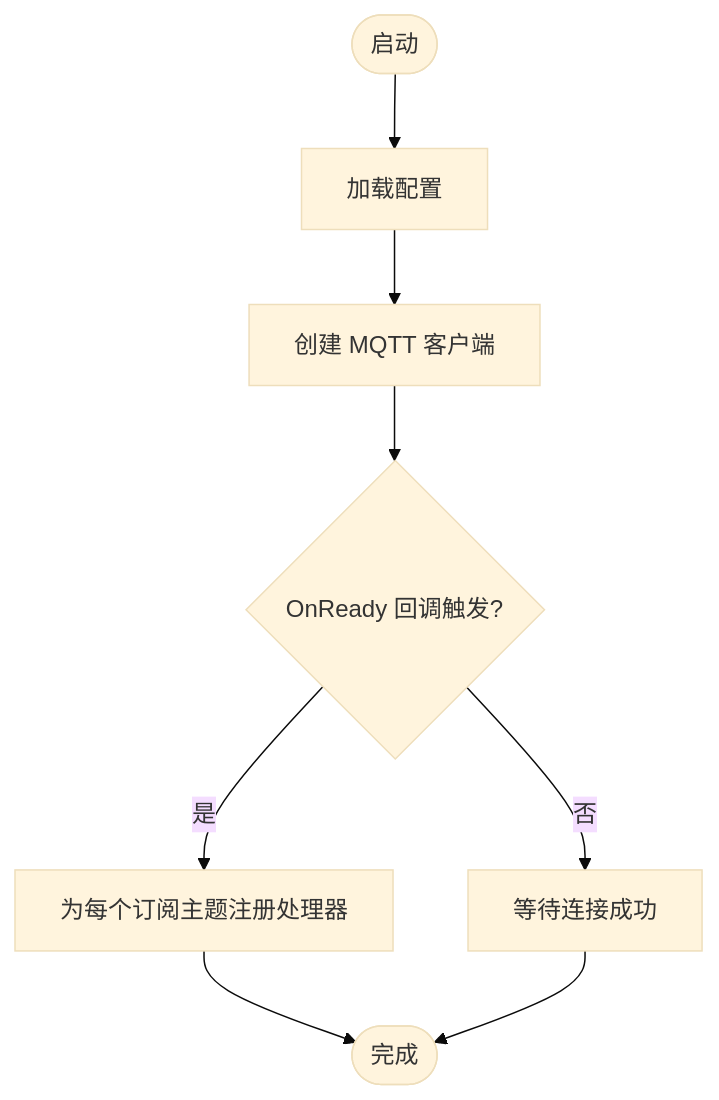
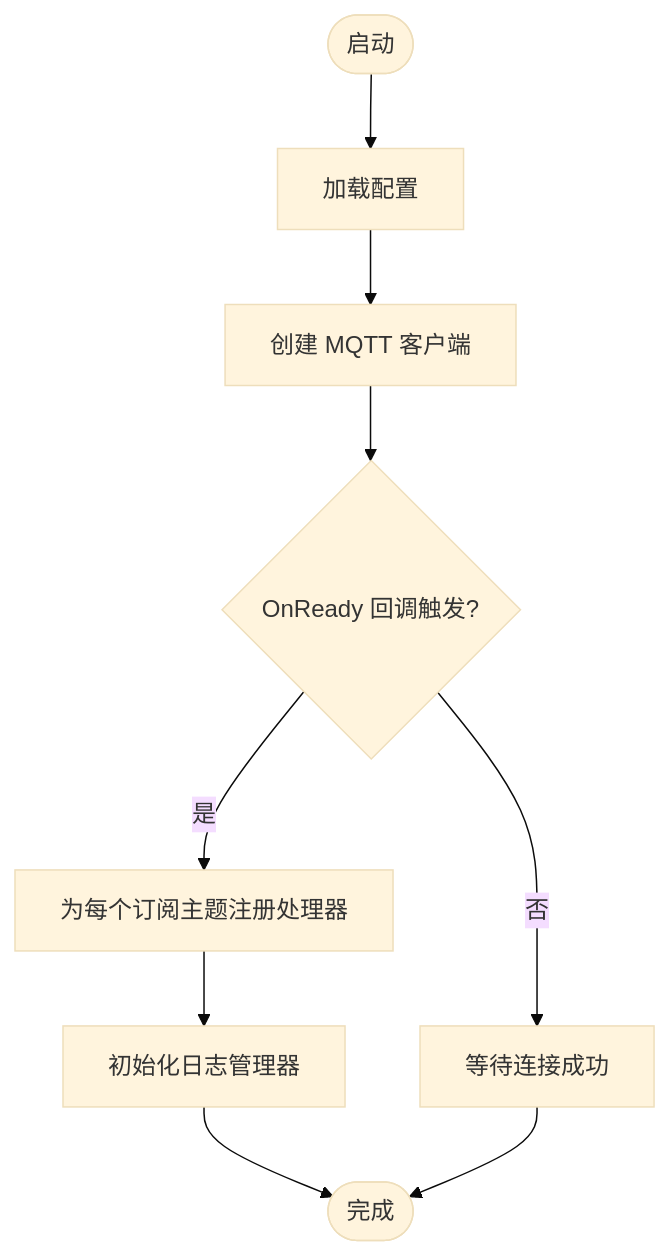
The fifth of 9 diagrams in .qoder/repowiki/zh/content/核心服务详解/MQTT 协议桥接服务/MQTT 协议桥接服务.md (maomao94/zero-service), drawn with Mermaid (base theme) before and after one commit. The commit also changed other lines of this file and 59 other files, not shown here.

````diff
--- a/.qoder/repowiki/zh/content/核心服务详解/MQTT 协议桥接服务/MQTT 协议桥接服务.md
+++ b/.qoder/repowiki/zh/content/核心服务详解/MQTT 协议桥接服务/MQTT 协议桥接服务.md
@@ -213,10 +300,11 @@
 ```mermaid
 flowchart TD
 Start(["启动"]) --> LoadCfg["加载配置"]
 LoadCfg --> NewMQTT["创建 MQTT 客户端"]
 NewMQTT --> OnReady{"OnReady 回调触发?"}
 OnReady --> |是| RegHandlers["为每个订阅主题注册处理器"]
+RegHandlers --> InitLogMgr["初始化日志管理器"]
+InitLogMgr --> Done(["完成"])
 OnReady --> |否| Wait["等待连接成功"]
-RegHandlers --> Done(["完成"])
 Wait --> Done
 ```
````
